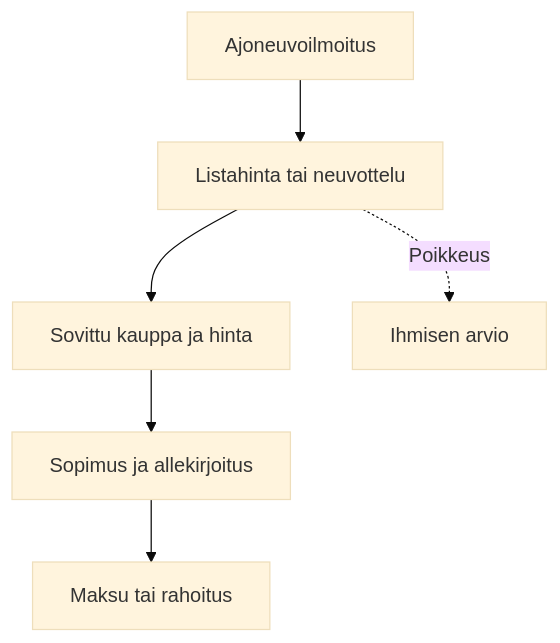
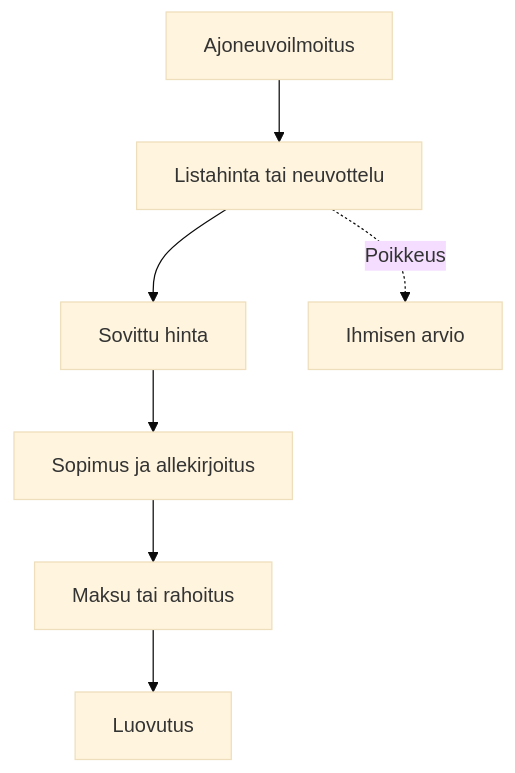
The diagram in docs/kopilotti-sales-flow.mmd (mikko-lab/kopilotti-sales-demo), drawn with Mermaid (base theme) before and after one commit. The commit also changed 23 other files, not shown here.

```diff
--- a/docs/kopilotti-sales-flow.mmd
+++ b/docs/kopilotti-sales-flow.mmd
@@ -1,8 +1,9 @@
 flowchart TD
     N0["Ajoneuvoilmoitus"] --> N1
     N1["Listahinta tai neuvottelu"] --> N2
-    N2["Sovittu kauppa ja hinta"] --> N3
+    N2["Sovittu hinta"] --> N3
     N3["Sopimus ja allekirjoitus"] --> N4
-    N4["Maksu tai rahoitus"]
+    N4["Maksu tai rahoitus"] --> N5
+    N5["Luovutus"]
     N1 -. Poikkeus .-> H["Ihmisen arvio"]
     %% Tavoitepolku: yhteydet varmennettava. Julkinen demo on ei-sitova.
```
